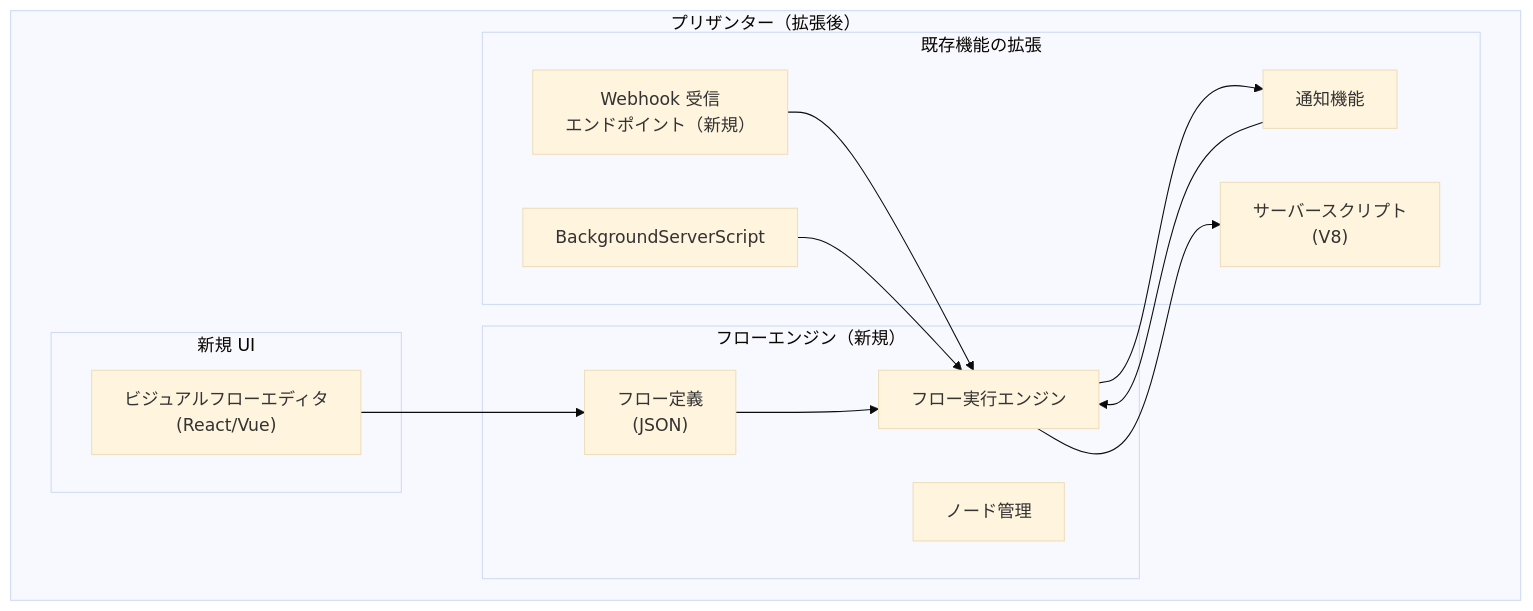
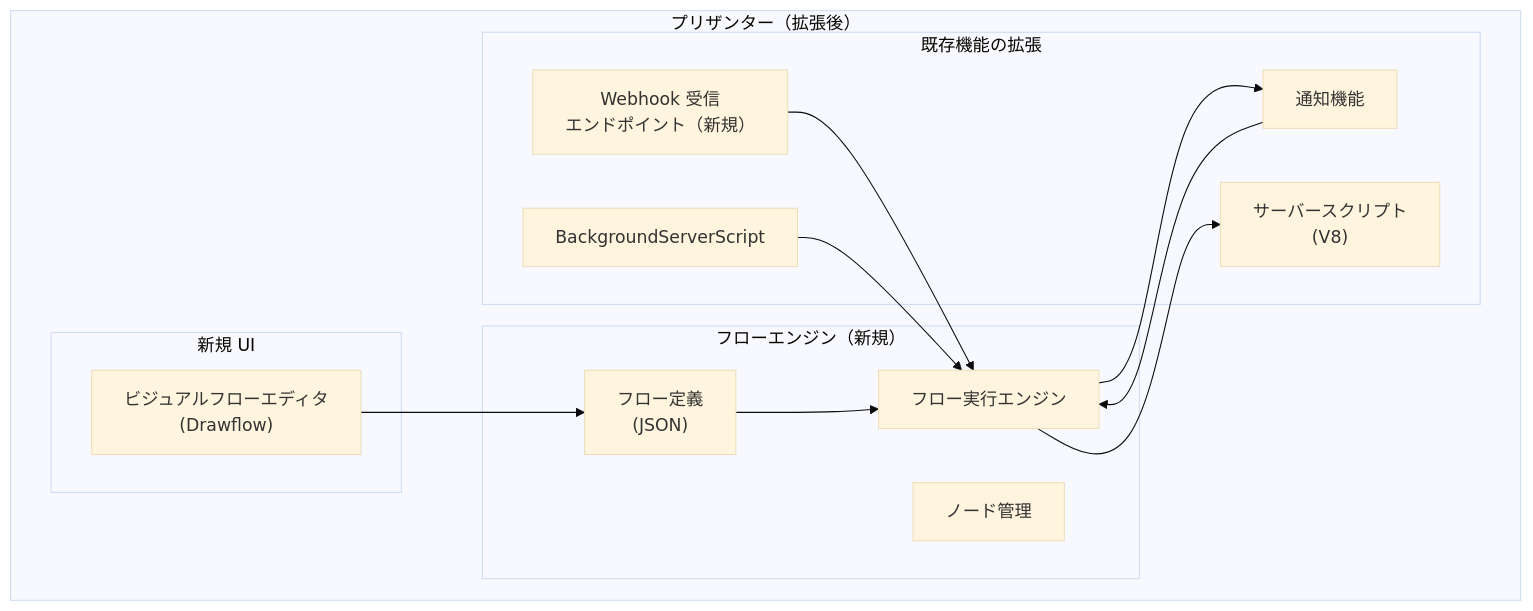
One commit to vehiclevisionjp/VehicleVision.Pleasanter.ResearchDocuments changed the fourth of 10 diagrams in docs/research/03-データ操作・API/006-Webhook・iPaaS連携の実現可能性調査.md. Above: the diagram before and after it, drawn with Mermaid (base theme). The commit also changed other lines of this file, not shown here.

````diff
--- a/docs/research/03-データ操作・API/006-Webhook・iPaaS連携の実現可能性調査.md
+++ b/docs/research/03-データ操作・API/006-Webhook・iPaaS連携の実現可能性調査.md
@@ -412,27 +425,27 @@
 ```mermaid
 flowchart TB
     subgraph Pleasanter["プリザンター（拡張後）"]
         subgraph FlowEngine["フローエンジン（新規）"]
             FD["フロー定義\n(JSON)"]
             FE["フロー実行エンジン"]
             NM["ノード管理"]
         end
         subgraph ExistingExt["既存機能の拡張"]
             WI["Webhook 受信\nエンドポイント（新規）"]
             SS2["サーバースクリプト\n(V8)"]
             NT2["通知機能"]
             BGS3["BackgroundServerScript"]
         end
         subgraph NewUI["新規 UI"]
-            VE["ビジュアルフローエディタ\n(React/Vue)"]
+            VE["ビジュアルフローエディタ\n(Drawflow)"]
         end
     end
 
     WI --> FE
     NT2 --> FE
     BGS3 --> FE
     FE --> SS2
     FE --> NT2
     VE --> FD
     FD --> FE
 ```
````
